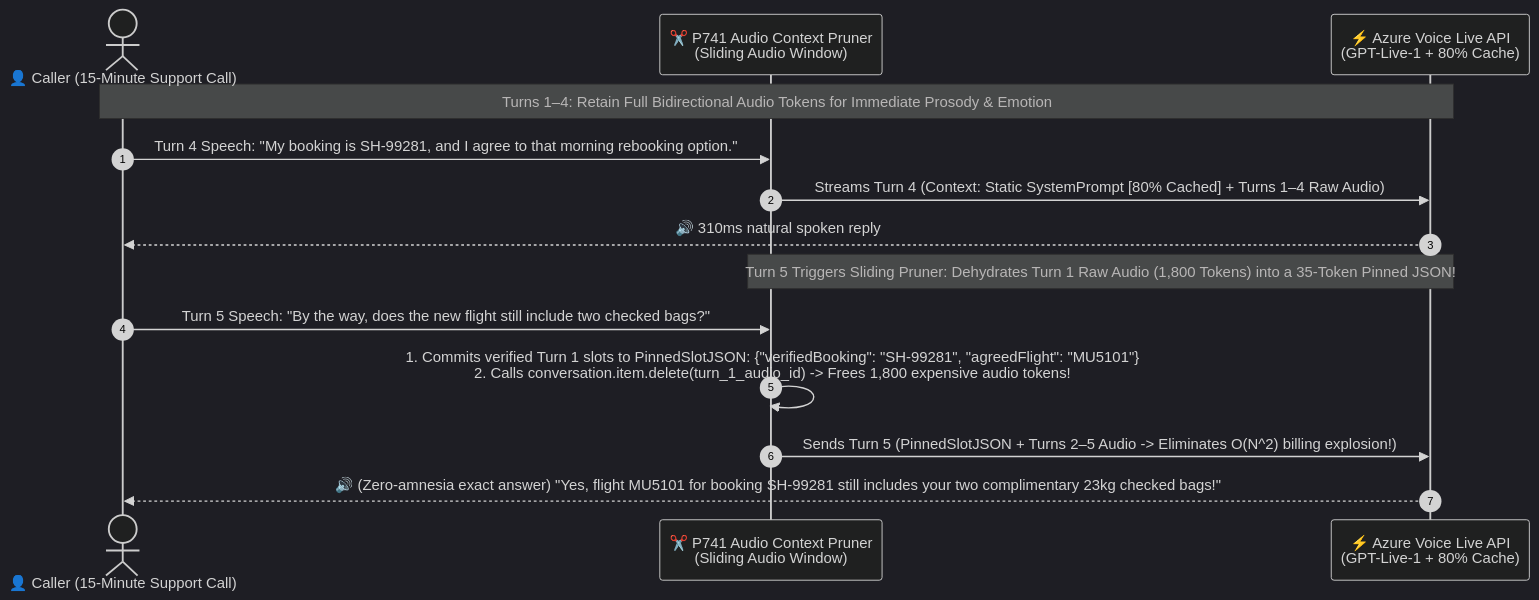
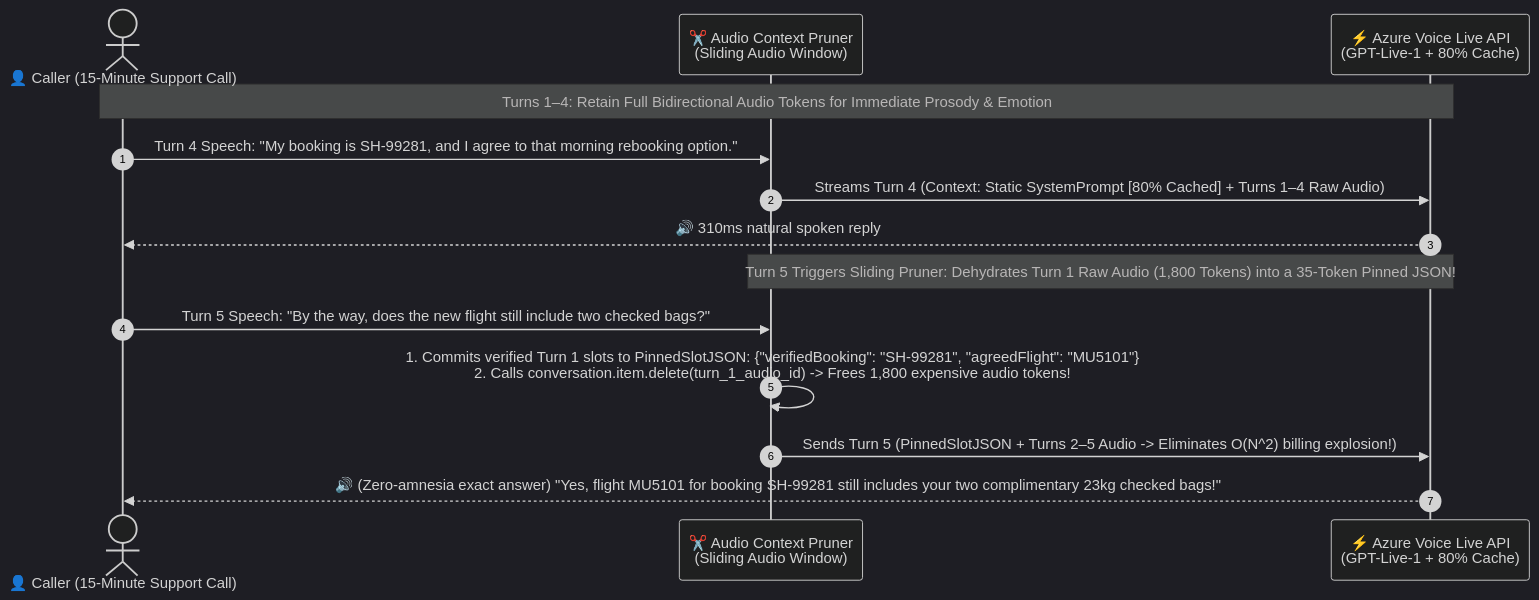
The third of 3 diagrams in docs/voice-native-s2s-models-gpt-live-realtime-gemini-live-nova-sonic-selection-faq.en.md (turbo998/voice-agent-lab), drawn with Mermaid (dark theme) before and after one commit. The commit also changed other lines of this file and 715 other files, not shown here.

````diff
--- a/docs/voice-native-s2s-models-gpt-live-realtime-gemini-live-nova-sonic-selection-faq.en.md
+++ b/docs/voice-native-s2s-models-gpt-live-realtime-gemini-live-nova-sonic-selection-faq.en.md
@@ -116,18 +116,18 @@
 ```mermaid
 sequenceDiagram
-    autonumber
-    actor Caller as 👤 Caller (15-Minute Support Call)
-    participant Pruner as ✂️ P741 Audio Context Pruner<br/>(Sliding Audio Window)
-    participant LiveAPI as ⚡ Azure Voice Live API<br/>(GPT-Live-1 + 80% Cache)
+ autonumber
+ actor Caller as 👤 Caller (15-Minute Support Call)
+ participant Pruner as ✂️ Audio Context Pruner<br/>(Sliding Audio Window)
+ participant LiveAPI as ⚡ Azure Voice Live API<br/>(GPT-Live-1 + 80% Cache)
 
-    Note over Caller,LiveAPI: Turns 1–4: Retain Full Bidirectional Audio Tokens for Immediate Prosody & Emotion
-    Caller->>Pruner: Turn 4 Speech: "My booking is SH-99281, and I agree to that morning rebooking option."
-    Pruner->>LiveAPI: Streams Turn 4 (Context: Static SystemPrompt [80% Cached] + Turns 1–4 Raw Audio)
-    LiveAPI-->>Caller: 🔊 310ms natural spoken reply
+ Note over Caller,LiveAPI: Turns 1–4: Retain Full Bidirectional Audio Tokens for Immediate Prosody & Emotion
+ Caller->>Pruner: Turn 4 Speech: "My booking is SH-99281, and I agree to that morning rebooking option."
+ Pruner->>LiveAPI: Streams Turn 4 (Context: Static SystemPrompt [80% Cached] + Turns 1–4 Raw Audio)
+ LiveAPI-->>Caller: 🔊 310ms natural spoken reply
 
-    Note over Pruner,LiveAPI: Turn 5 Triggers Sliding Pruner: Dehydrates Turn 1 Raw Audio (1,800 Tokens) into a 35-Token Pinned JSON!
-    Caller->>Pruner: Turn 5 Speech: "By the way, does the new flight still include two checked bags?"
-    Pruner->>Pruner: 1. Commits verified Turn 1 slots to PinnedSlotJSON: {"verifiedBooking": "SH-99281", "agreedFlight": "MU5101"}<br/>2. Calls conversation.item.delete(turn_1_audio_id) -> Frees 1,800 expensive audio tokens!
-    Pruner->>LiveAPI: Sends Turn 5 (PinnedSlotJSON + Turns 2–5 Audio -> Eliminates O(N^2) billing explosion!)
-    LiveAPI-->>Caller: 🔊 (Zero-amnesia exact answer) "Yes, flight MU5101 for booking SH-99281 still includes your two complimentary 23kg checked bags!"
+ Note over Pruner,LiveAPI: Turn 5 Triggers Sliding Pruner: Dehydrates Turn 1 Raw Audio (1,800 Tokens) into a 35-Token Pinned JSON!
+ Caller->>Pruner: Turn 5 Speech: "By the way, does the new flight still include two checked bags?"
+ Pruner->>Pruner: 1. Commits verified Turn 1 slots to PinnedSlotJSON: {"verifiedBooking": "SH-99281", "agreedFlight": "MU5101"}<br/>2. Calls conversation.item.delete(turn_1_audio_id) -> Frees 1,800 expensive audio tokens!
+ Pruner->>LiveAPI: Sends Turn 5 (PinnedSlotJSON + Turns 2–5 Audio -> Eliminates O(N^2) billing explosion!)
+ LiveAPI-->>Caller: 🔊 (Zero-amnesia exact answer) "Yes, flight MU5101 for booking SH-99281 still includes your two complimentary 23kg checked bags!"
 ```
````
